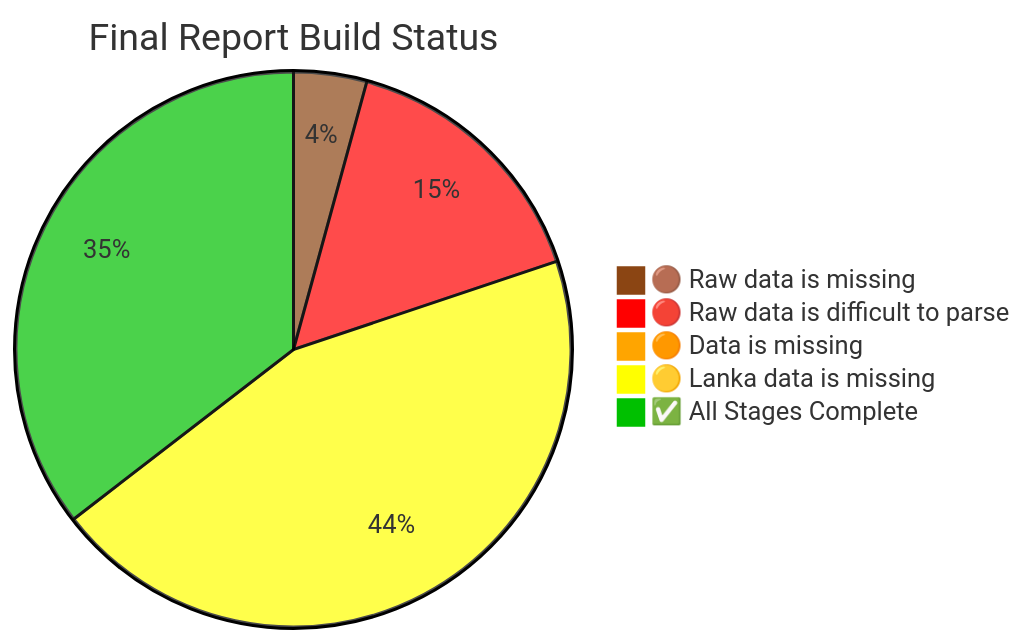
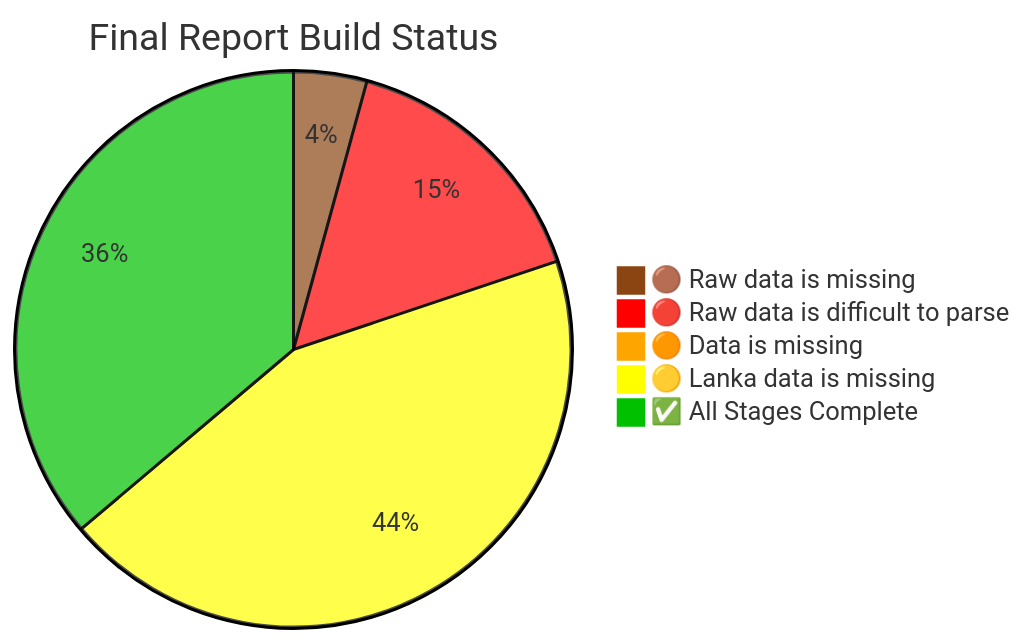
Before and after one commit to nuuuwan/lk_census_2024: the diagram in README.md, drawn with Mermaid. The commit also changed other lines of this file and 3 other files, not shown here.

````diff
--- a/README.md
+++ b/README.md
@@ -220,9 +220,9 @@
 ```mermaid
 %%{init: {"theme": "base", "themeVariables": {"pie1": "#8B4513", "pie2": "#FF0000", "pie3": "#FFA500", "pie4": "#FFFF00", "pie5": "#00c000"}}}%%
 pie title Final Report Build Status
 "🟤 Raw data is missing" : 6
     "🔴 Raw data is difficult to parse" : 22
     "🟠 Data is missing" : 1
-    "🟡 Lanka data is missing" : 63
-    "✅ All Stages Complete" : 50
+    "🟡 Lanka data is missing" : 62
+    "✅ All Stages Complete" : 51
 ```
````
